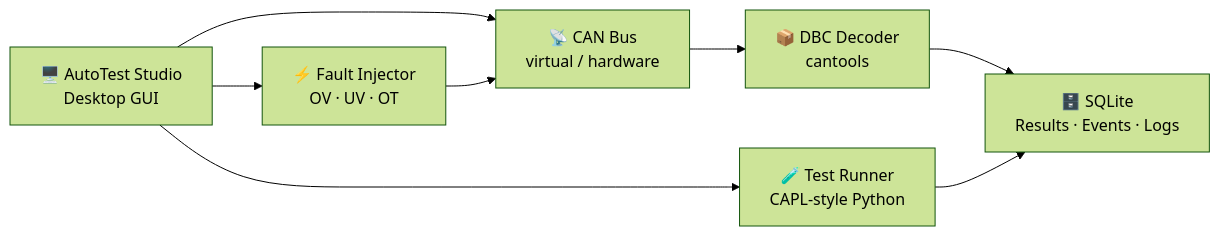
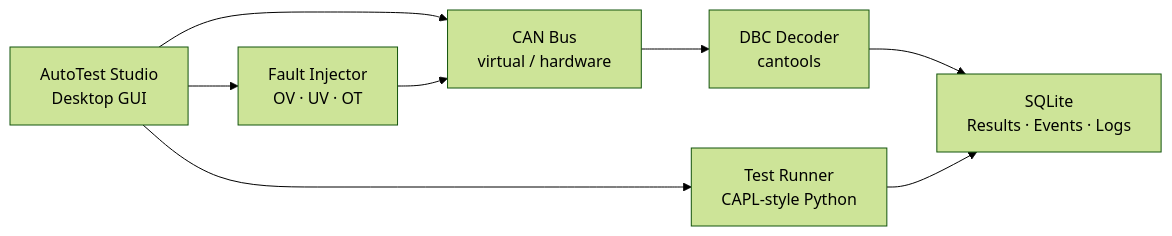
Before and after one commit to PriyanshuKSharma/AutoTestStudio: the first of 18 diagrams in README.md, drawn with Mermaid (forest theme). The commit also changed other lines of this file and 1 other file, not shown here.

Commit message:
style: replace emojis with professional Unicode symbols in sidebar nav and README diagrams

````diff
--- a/README.md
+++ b/README.md
@@ -30,10 +30,10 @@
 ```mermaid
 graph LR
-    A["🖥️ AutoTest Studio\nDesktop GUI"] --> B["📡 CAN Bus\nvirtual / hardware"]
-    B --> C["📦 DBC Decoder\ncantools"]
-    C --> D["🗄️ SQLite\nResults · Events · Logs"]
-    A --> E["🧪 Test Runner\nCAPL-style Python"]
+    A["AutoTest Studio\nDesktop GUI"] --> B["CAN Bus\nvirtual / hardware"]
+    B --> C["DBC Decoder\ncantools"]
+    C --> D["SQLite\nResults · Events · Logs"]
+    A --> E["Test Runner\nCAPL-style Python"]
     E --> D
-    A --> F["⚡ Fault Injector\nOV · UV · OT"]
+    A --> F["Fault Injector\nOV · UV · OT"]
     F --> B
 ```
````
